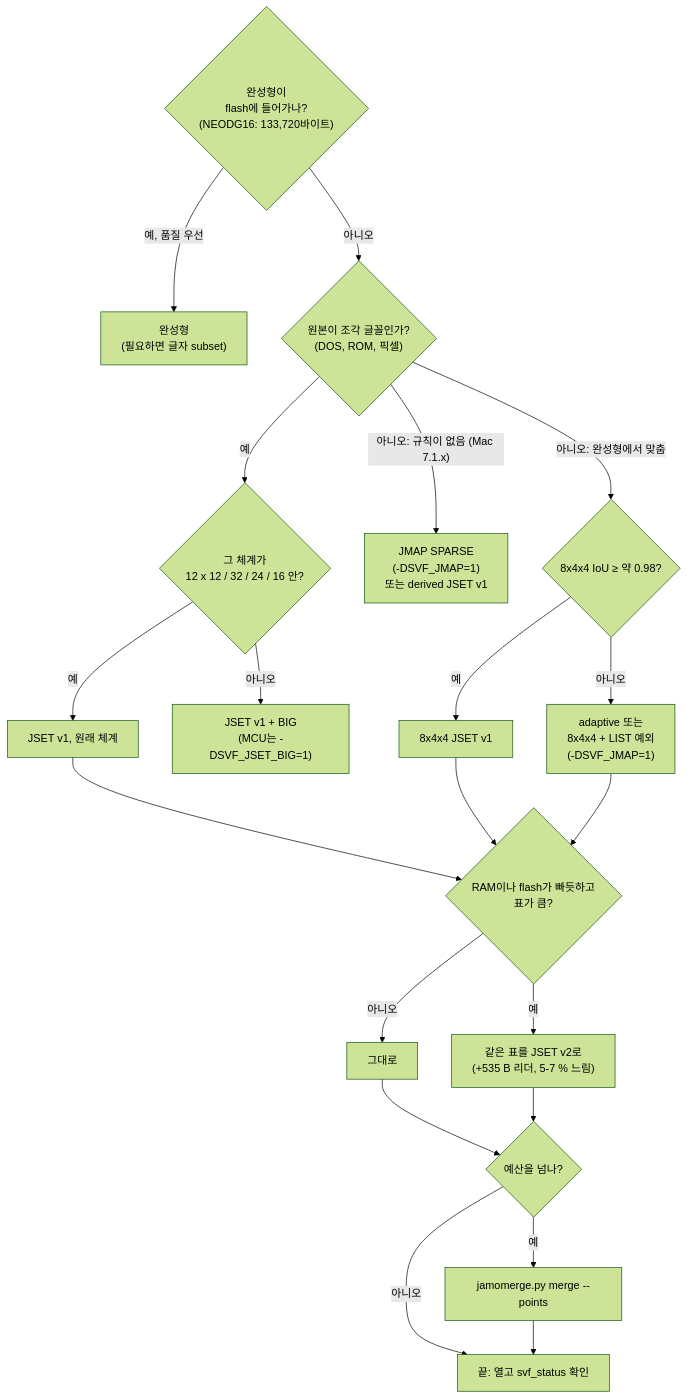
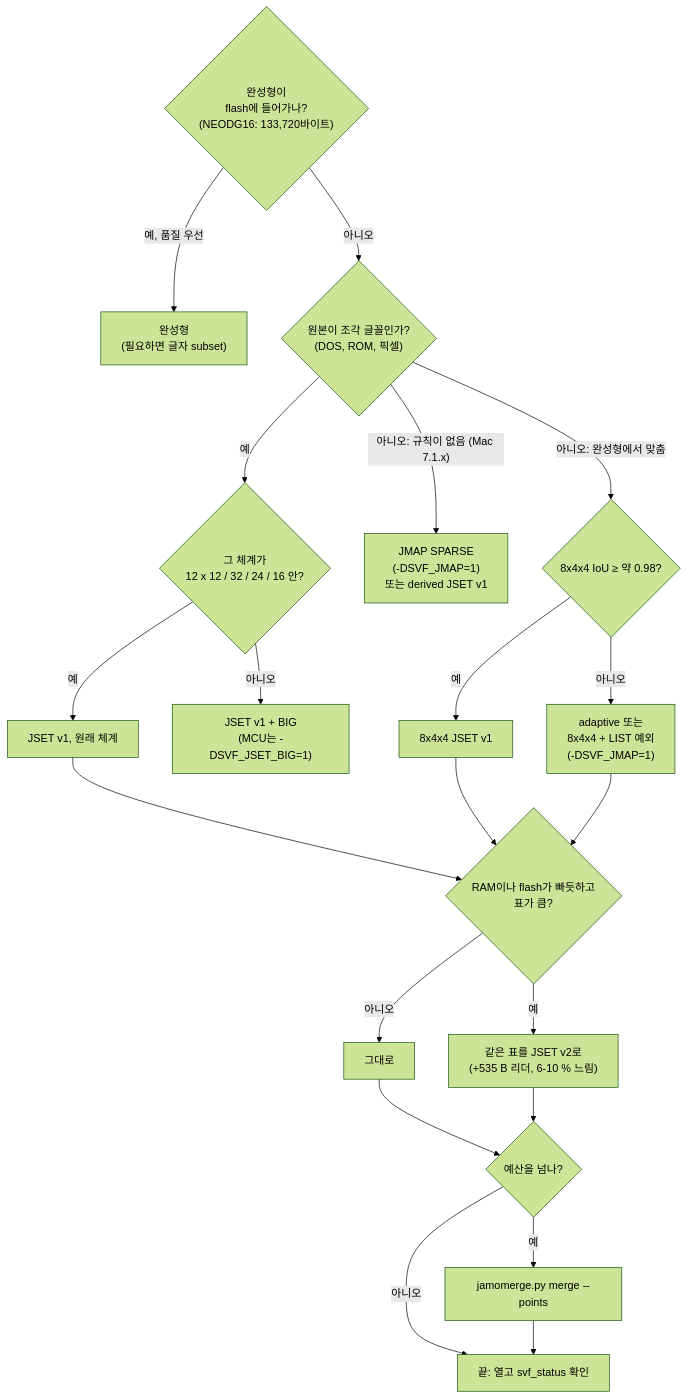
One commit to TaehyunKimLL/svf-fonts-open changed diagram 26 of 26 in docs/jamo-sets.ko.md. Above: the diagram before and after it, drawn with Mermaid (forest theme). The commit also changed other lines of this file and 1 other file, not shown here.

````diff
--- a/docs/jamo-sets.ko.md
+++ b/docs/jamo-sets.ko.md
@@ -1181,22 +1224,22 @@
 ```mermaid
 flowchart TD
   A{"완성형이<br/>flash에 들어가나?<br/>(NEODG16: 133,720바이트)"} -->|"예, 품질 우선"| PC["완성형<br/>(필요하면 글자 subset)"]
   A -->|아니오| B{"원본이 조각 글꼴인가?<br/>(DOS, ROM, 픽셀)"}
   B -->|예| C{"그 체계가<br/>12 x 12 / 32 / 24 / 16 안?"}
   C -->|예| V1["JSET v1, 원래 체계"]
   C -->|아니오| BG["JSET v1 + BIG<br/>(MCU는 -DSVF_JSET_BIG=1)"]
   B -->|"아니오: 규칙이 없음 (Mac 7.1.x)"| JM["JMAP SPARSE<br/>(-DSVF_JMAP=1)<br/>또는 derived JSET v1"]
   B -->|"아니오: 완성형에서 맞춤"| D{"8x4x4 IoU ≥ 약 0.98?"}
   D -->|예| V1b["8x4x4 JSET v1"]
   D -->|아니오| E["adaptive 또는<br/>8x4x4 + LIST 예외<br/>(-DSVF_JMAP=1)"]
   V1 --> F{"RAM이나 flash가 빠듯하고<br/>표가 큼?"}
   V1b --> F
   E --> F
-  F -->|예| V2["같은 표를 JSET v2로<br/>(+535 B 리더, 5-7 % 느림)"]
+  F -->|예| V2["같은 표를 JSET v2로<br/>(+535 B 리더, 6-10 % 느림)"]
   F -->|아니오| K["그대로"]
   K --> G{"예산을 넘나?"}
   V2 --> G
   G -->|예| MG["jamomerge.py merge --points"]
   G -->|아니오| OK["끝: 열고 svf_status 확인"]
   MG --> OK
 ```
````
